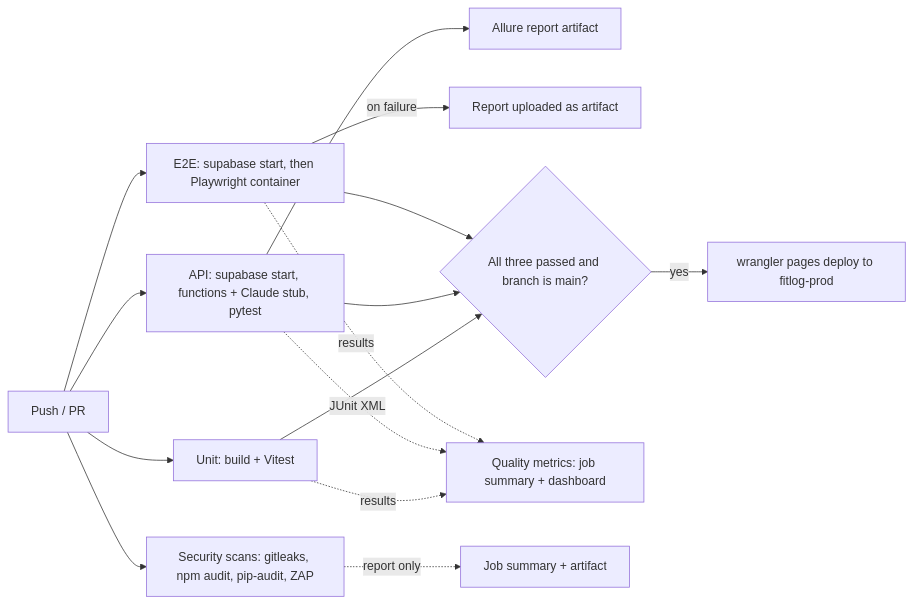
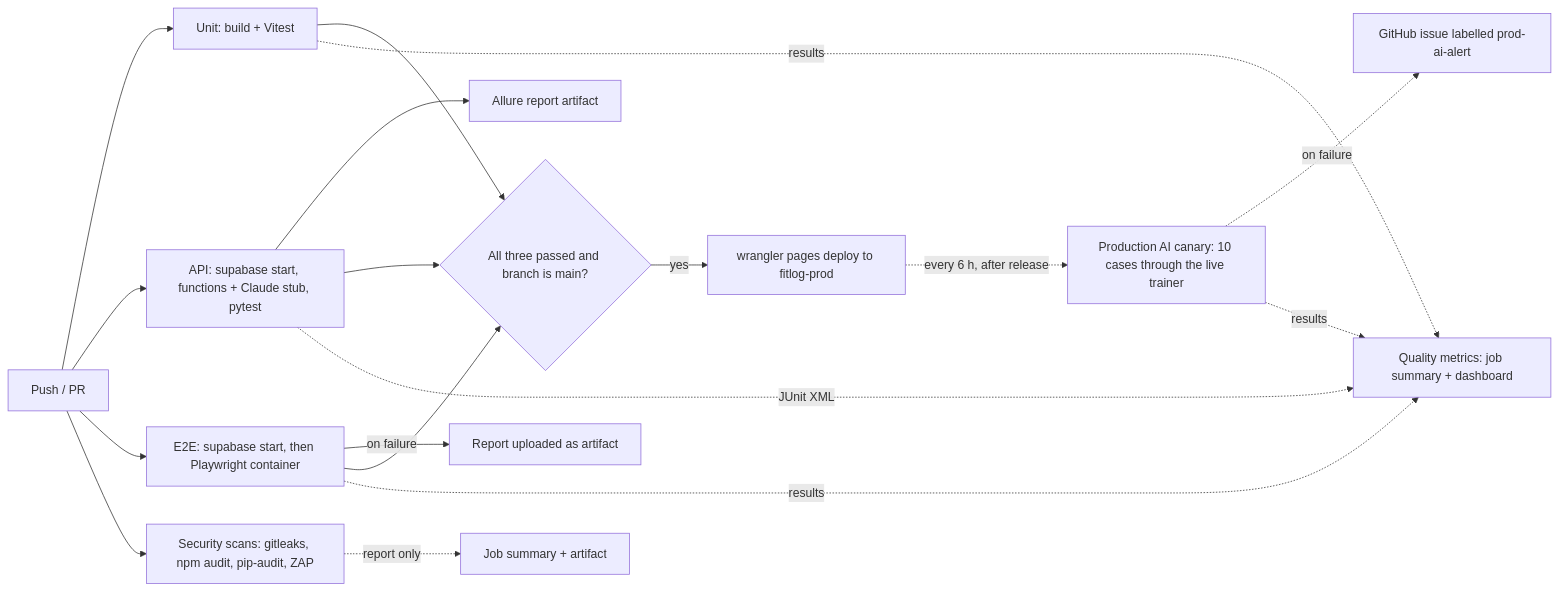
The second of 2 diagrams in README.md (kakaul94-prof/FitLog), drawn with Mermaid before and after one commit. The commit also changed other lines of this file and 22 other files, not shown here.

````diff
--- a/README.md
+++ b/README.md
@@ -113,17 +114,20 @@
 ```mermaid
 flowchart LR
   PUSH[Push / PR] --> UNIT[Unit: build + Vitest]
   PUSH --> API[API: supabase start, functions + Claude stub, pytest]
   PUSH --> E2E[E2E: supabase start, then Playwright container]
   PUSH --> SEC[Security scans: gitleaks, npm audit, pip-audit, ZAP]
   API --> ALLURE[Allure report artifact]
   E2E -- on failure --> ART[Report uploaded as artifact]
   UNIT --> GATE{All three passed and branch is main?}
   API --> GATE
   E2E --> GATE
   GATE -- yes --> DEPLOY[wrangler pages deploy to fitlog-prod]
   UNIT -. results .-> METRICS[Quality metrics: job summary + dashboard]
   API -. JUnit XML .-> METRICS
   E2E -. results .-> METRICS
   SEC -. report only .-> SUMMARY[Job summary + artifact]
+  DEPLOY -. every 6 h, after release .-> CANARY[Production AI canary: 10 cases through the live trainer]
+  CANARY -. on failure .-> ALERT[GitHub issue labelled prod-ai-alert]
+  CANARY -. results .-> METRICS
 ```
````
